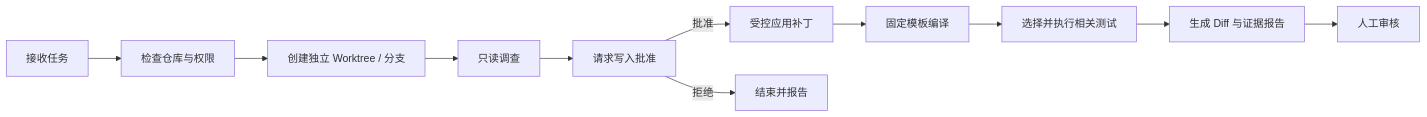
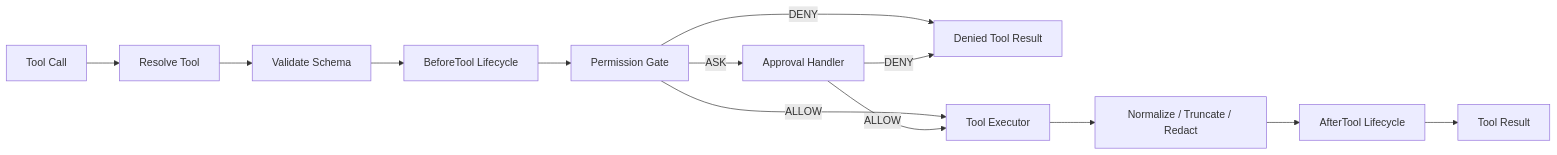
The fifth of 5 diagrams in docs/technical-design.md (liumaishenjian/cc-java), drawn with Mermaid before and after one commit. The commit also changed other lines of this file and 5 other files, not shown here.

Commit message:
docs: define reference-driven learning roadmap

````diff
--- a/docs/technical-design.md
+++ b/docs/technical-design.md
@@ -544,13 +480,15 @@
 ```mermaid
 flowchart LR
-    START["接收任务"] --> CHECK["检查仓库与权限"]
-    CHECK --> WT["创建独立 Worktree / 分支"]
-    WT --> INVESTIGATE["只读调查"]
-    INVESTIGATE --> APPROVE["请求写入批准"]
-    APPROVE -->|批准| PATCH["受控应用补丁"]
-    APPROVE -->|拒绝| STOP["结束并报告"]
-    PATCH --> BUILD["固定模板编译"]
-    BUILD --> TEST["选择并执行相关测试"]
-    TEST --> REPORT["生成 Diff 与证据报告"]
-    REPORT --> REVIEW["人工审核"]
+    CALL["Tool Call"] --> RESOLVE["Resolve Tool"]
+    RESOLVE --> SCHEMA["Validate Schema"]
+    SCHEMA --> BEFORE["BeforeTool Lifecycle"]
+    BEFORE --> PERM["Permission Gate"]
+    PERM -->|ASK| APPROVE["Approval Handler"]
+    PERM -->|DENY| DENIED["Denied Tool Result"]
+    PERM -->|ALLOW| EXEC["Tool Executor"]
+    APPROVE -->|ALLOW| EXEC
+    APPROVE -->|DENY| DENIED
+    EXEC --> NORMALIZE["Normalize / Truncate / Redact"]
+    NORMALIZE --> AFTER["AfterTool Lifecycle"]
+    AFTER --> RESULT["Tool Result"]
 ```
````
